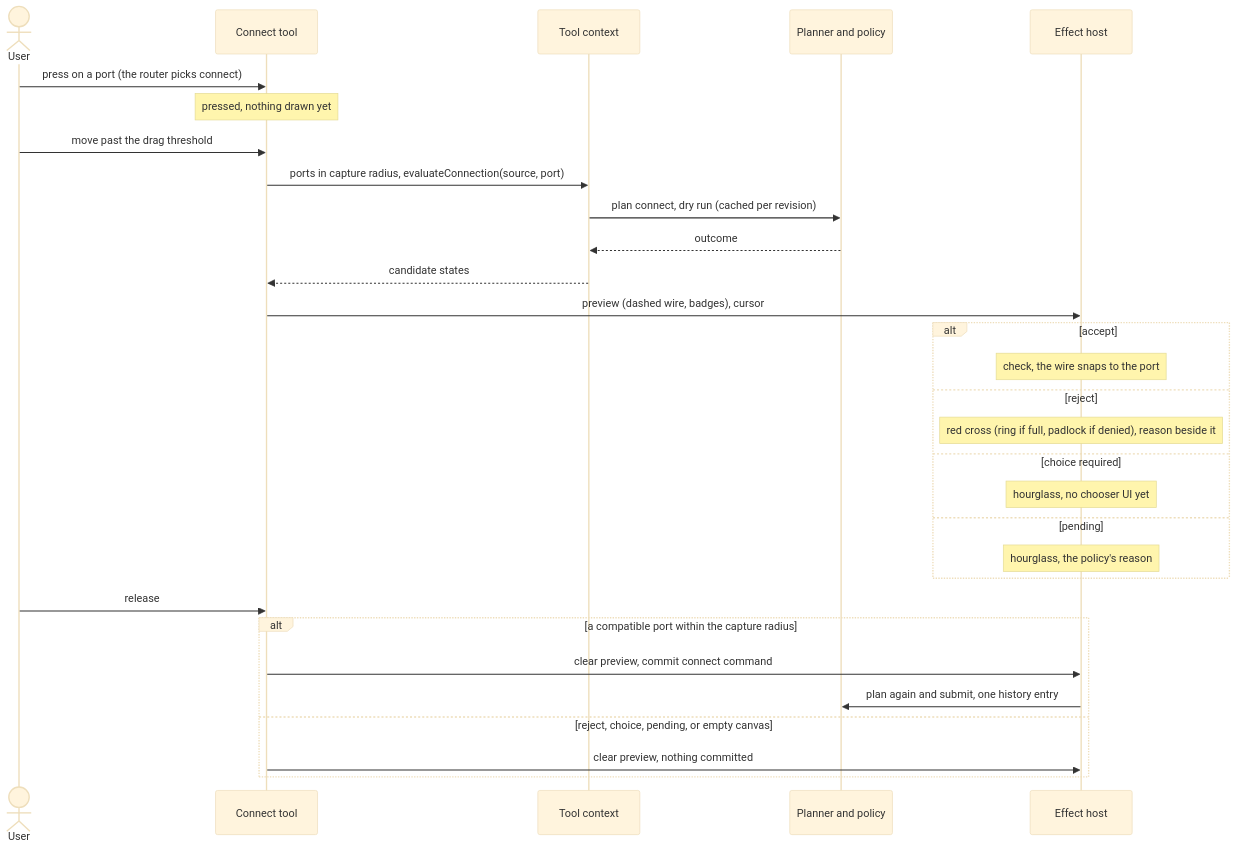
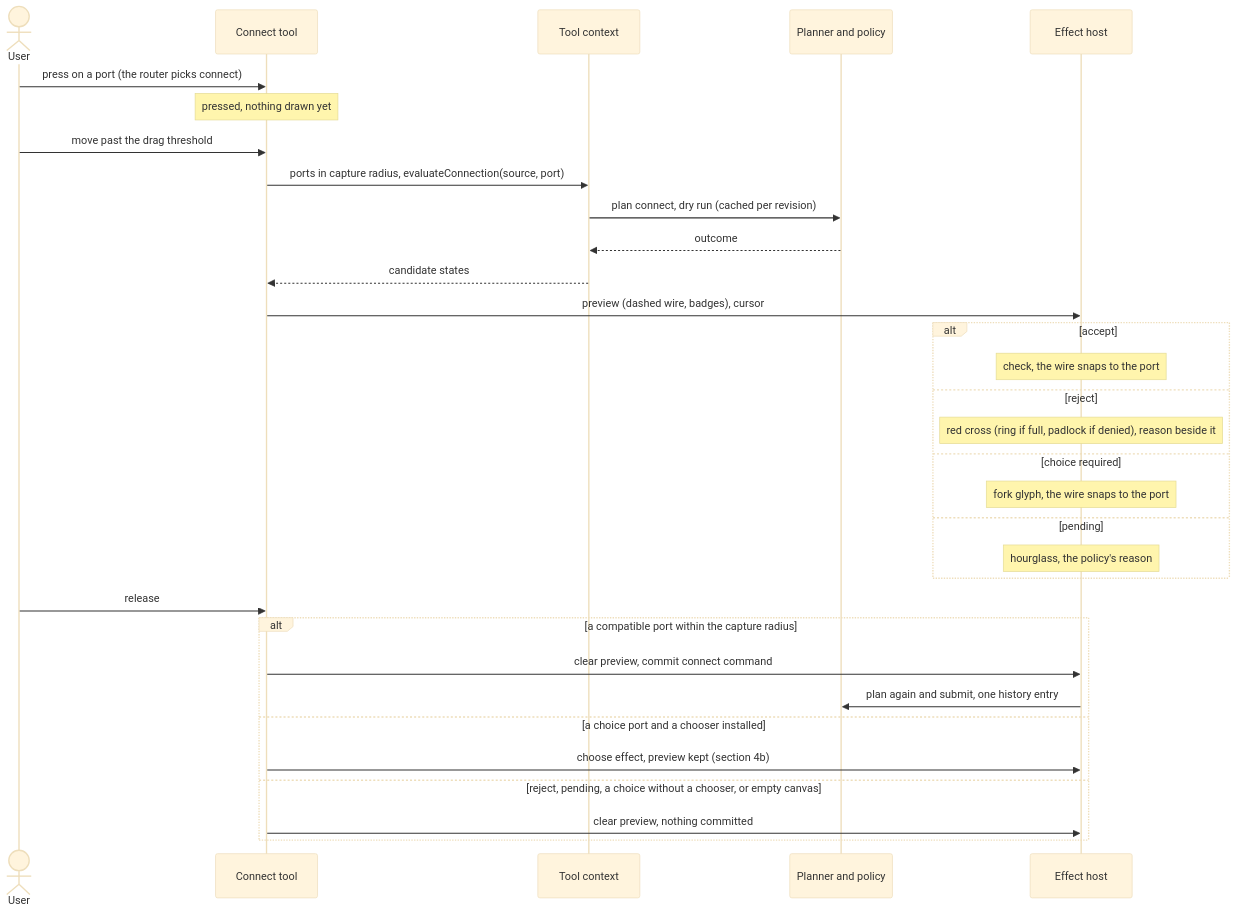
The second of 5 diagrams in docs/interaction.md (paceholder/nodeeditor-js), drawn with Mermaid (base theme) before and after one commit. The commit also changed other lines of this file and 5 other files, not shown here.

````diff
--- a/docs/interaction.md
+++ b/docs/interaction.md
@@ -127,32 +128,34 @@
 ```mermaid
 sequenceDiagram
   actor U as User
   participant T as Connect tool
   participant C as Tool context
   participant P as Planner and policy
   participant H as Effect host
   U->>T: press on a port (the router picks connect)
   Note over T: pressed, nothing drawn yet
   U->>T: move past the drag threshold
   T->>C: ports in capture radius, evaluateConnection(source, port)
   C->>P: plan connect, dry run (cached per revision)
   P-->>C: outcome
   C-->>T: candidate states
   T->>H: preview (dashed wire, badges), cursor
   alt accept
     Note over H: check, the wire snaps to the port
   else reject
     Note over H: red cross (ring if full, padlock if denied), reason beside it
   else choice required
-    Note over H: hourglass, no chooser UI yet
+    Note over H: fork glyph, the wire snaps to the port
   else pending
     Note over H: hourglass, the policy's reason
   end
   U->>T: release
   alt a compatible port within the capture radius
     T->>H: clear preview, commit connect command
     H->>P: plan again and submit, one history entry
-  else reject, choice, pending, or empty canvas
+  else a choice port and a chooser installed
+    T->>H: choose effect, preview kept (section 4b)
+  else reject, pending, a choice without a chooser, or empty canvas
     T->>H: clear preview, nothing committed
   end
 ```
````
